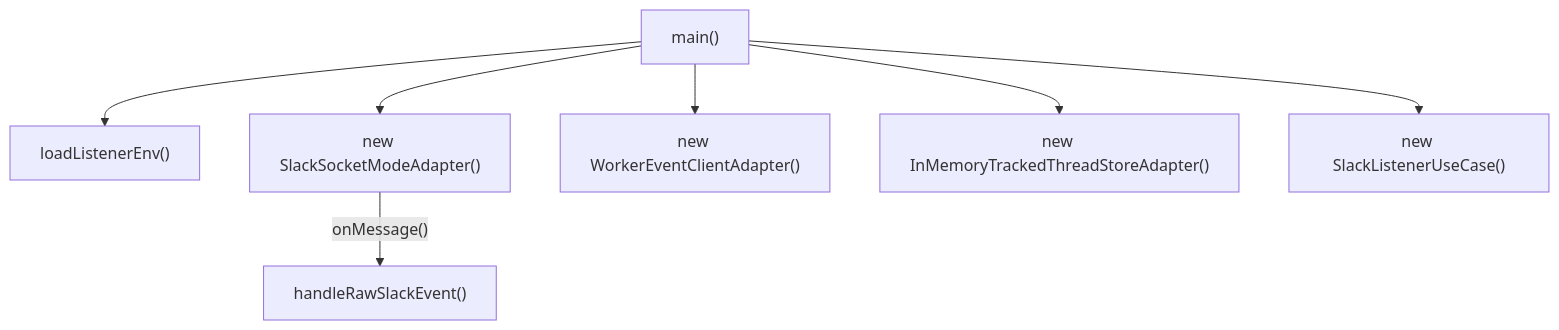
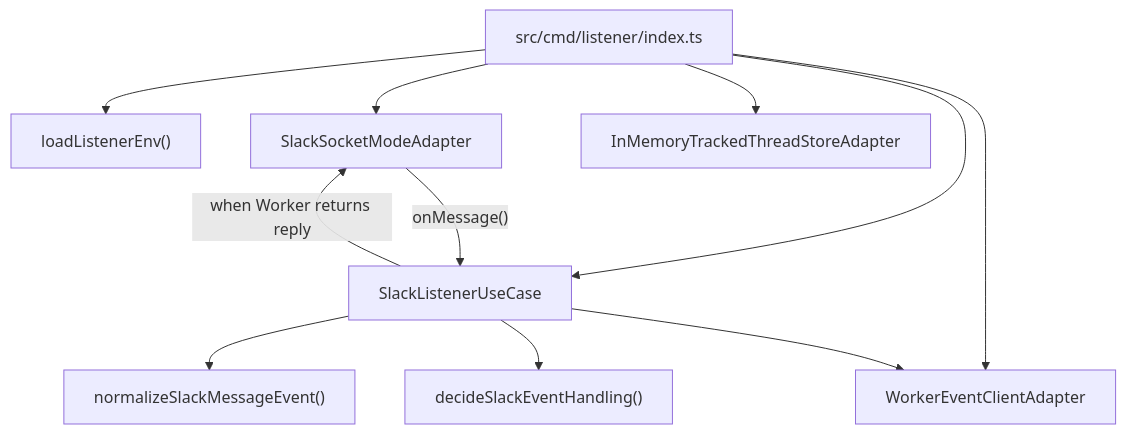
The second of 5 diagrams in README.md (GorobVictor/slack-ai-agent-v3), drawn with Mermaid before and after one commit. The commit also changed other lines of this file and 1 other file, not shown here.

````diff
--- a/README.md
+++ b/README.md
@@ -50,9 +188,13 @@
 ```mermaid
 flowchart TD
-  main["main()"] --> env["loadListenerEnv()"]
-  main --> socket["new SlackSocketModeAdapter()"]
-  main --> workerClient["new WorkerEventClientAdapter()"]
-  main --> store["new InMemoryTrackedThreadStoreAdapter()"]
-  main --> useCase["new SlackListenerUseCase()"]
-  socket -->|"onMessage()"| handle["handleRawSlackEvent()"]
+  main["src/cmd/listener/index.ts"] --> env["loadListenerEnv()"]
+  main --> slack["SlackSocketModeAdapter"]
+  main --> workerClient["WorkerEventClientAdapter"]
+  main --> trackedThreads["InMemoryTrackedThreadStoreAdapter"]
+  main --> useCase["SlackListenerUseCase"]
+  slack -->|"onMessage()"| useCase
+  useCase --> normalizer["normalizeSlackMessageEvent()"]
+  useCase --> filter["decideSlackEventHandling()"]
+  useCase --> workerClient
+  useCase -->|"when Worker returns reply"| slack
 ```
````
